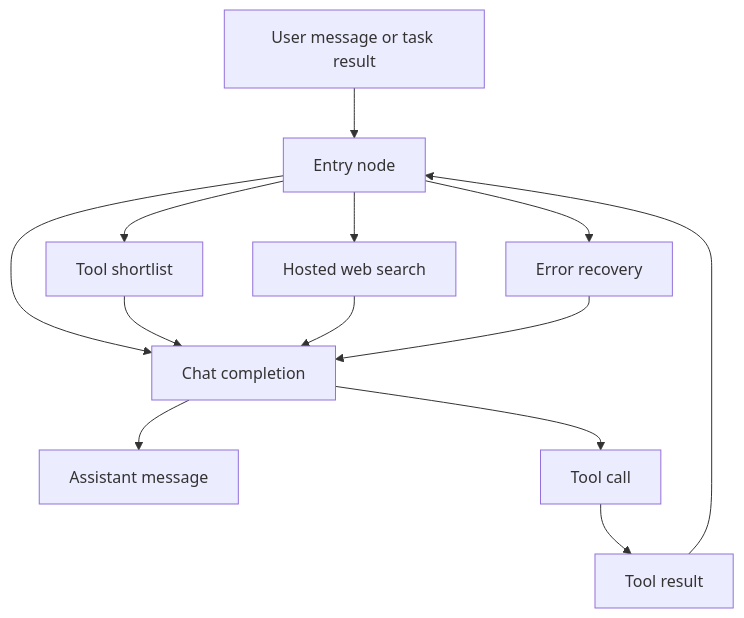
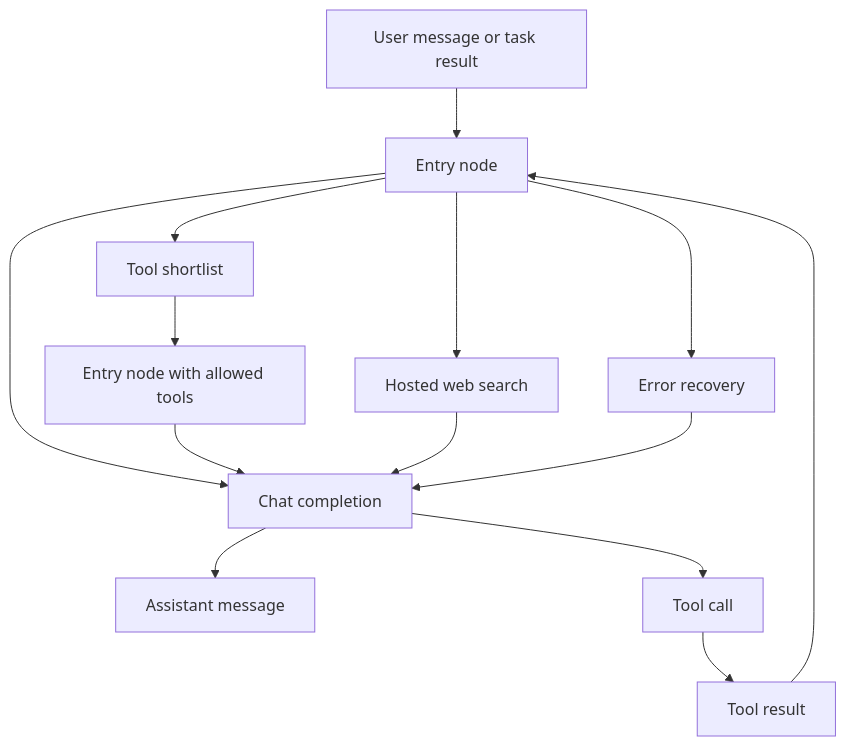
Before and after one commit to Xyntopia/taskyon: the second of 2 diagrams in public/docs/developer/task-processing.md, drawn with Mermaid. The commit also changed other lines of this file and 48 other files, not shown here.

````diff
--- a/public/docs/developer/task-processing.md
+++ b/public/docs/developer/task-processing.md
@@ -130,15 +142,16 @@
 ```mermaid
 flowchart TD
   Input[User message or task result] --> Router[Entry node]
   Router --> Chat[Chat completion]
   Router --> Shortlist[Tool shortlist]
   Router --> Search[Hosted web search]
   Router --> Recover[Error recovery]
-  Shortlist --> Chat
+  Shortlist --> NarrowedRouter[Entry node with allowed tools]
+  NarrowedRouter --> Chat
   Search --> Chat
   Recover --> Chat
   Chat --> Answer[Assistant message]
   Chat --> ToolCall[Tool call]
   ToolCall --> ToolResult[Tool result]
   ToolResult --> Router
 ```
````
